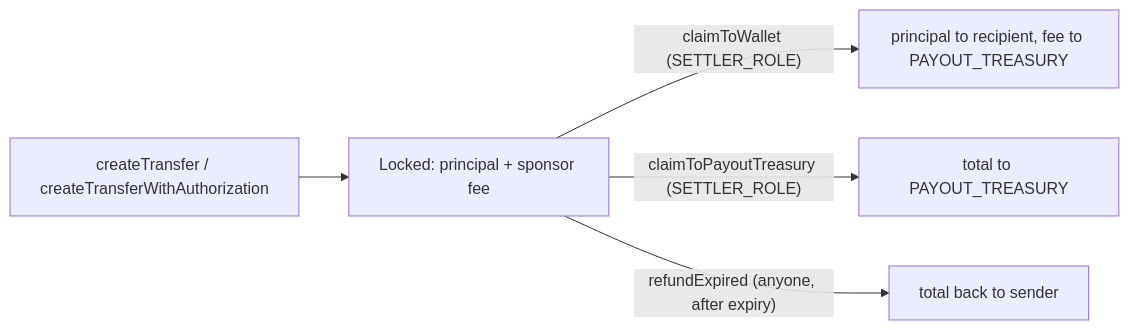
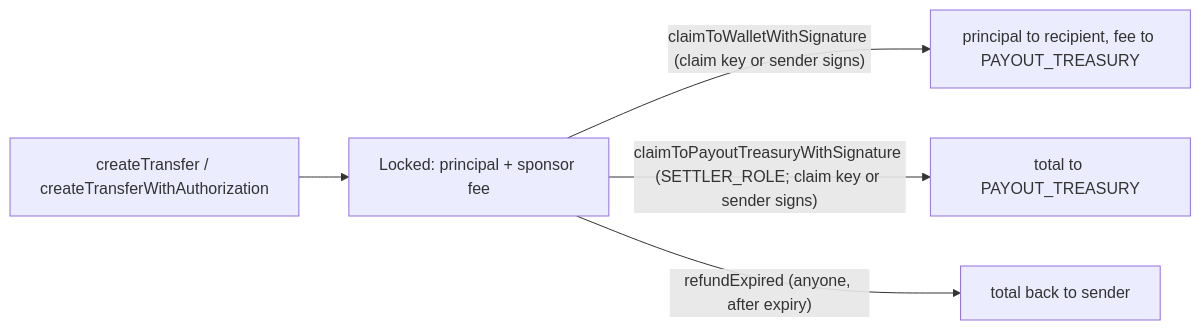
One commit to Deed3Labs/Protocol-Contracts changed the second of 2 diagrams in docs/protocol/savings.md. Above: the diagram before and after it, drawn with Mermaid. The commit also changed other lines of this file and 8 other files, not shown here.

````diff
--- a/docs/protocol/savings.md
+++ b/docs/protocol/savings.md
@@ -225,7 +255,7 @@
 ```mermaid
 flowchart LR
   C["createTransfer / createTransferWithAuthorization"] --> L["Locked: principal + sponsor fee"]
-  L -->|"claimToWallet (SETTLER_ROLE)"| W["principal to recipient, fee to PAYOUT_TREASURY"]
-  L -->|"claimToPayoutTreasury (SETTLER_ROLE)"| T["total to PAYOUT_TREASURY"]
+  L -->|"claimToWalletWithSignature (claim key or sender signs)"| W["principal to recipient, fee to PAYOUT_TREASURY"]
+  L -->|"claimToPayoutTreasuryWithSignature (SETTLER_ROLE; claim key or sender signs)"| T["total to PAYOUT_TREASURY"]
   L -->|"refundExpired (anyone, after expiry)"| B["total back to sender"]
 ```
````
